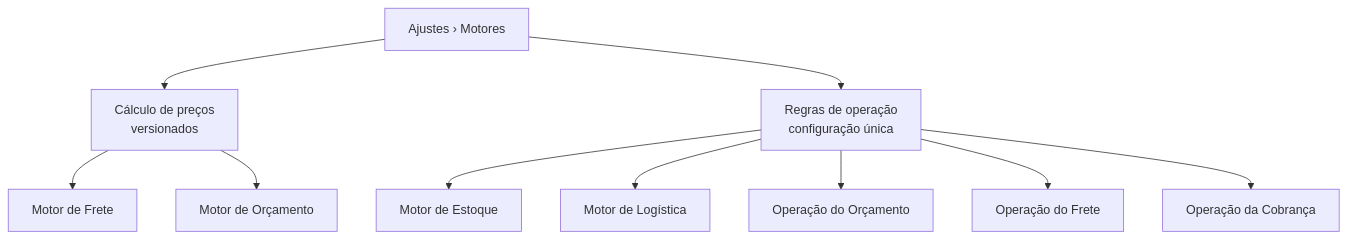
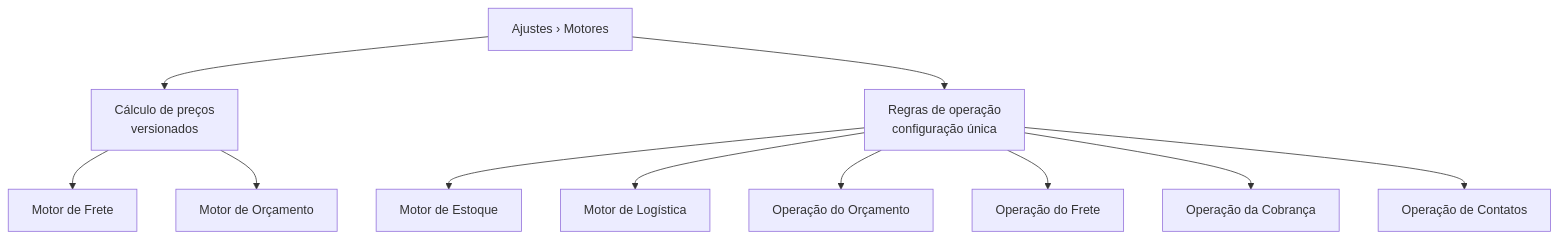
Before and after one commit to LocFlowTeam/locflow-docs: the diagram in configuracoes/motores-operacionais.md, drawn with Mermaid. The commit also changed other lines of this file and 2 other files, not shown here.

````diff
--- a/configuracoes/motores-operacionais.md
+++ b/configuracoes/motores-operacionais.md
@@ -27,12 +27,13 @@
 ```mermaid
 flowchart TB
     HUB[Ajustes › Motores] --> CALC[Cálculo de preços<br/>versionados]
     HUB --> OPER[Regras de operação<br/>configuração única]
     CALC --> FRT[Motor de Frete]
     CALC --> ORC[Motor de Orçamento]
     OPER --> EST[Motor de Estoque]
     OPER --> LOG[Motor de Logística]
     OPER --> OPO[Operação do Orçamento]
     OPER --> OPF[Operação do Frete]
     OPER --> OPC[Operação da Cobrança]
+    OPER --> OPCT[Operação de Contatos]
 ```
````
